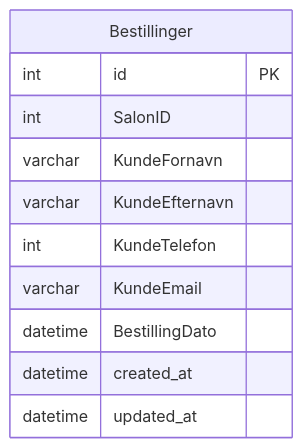
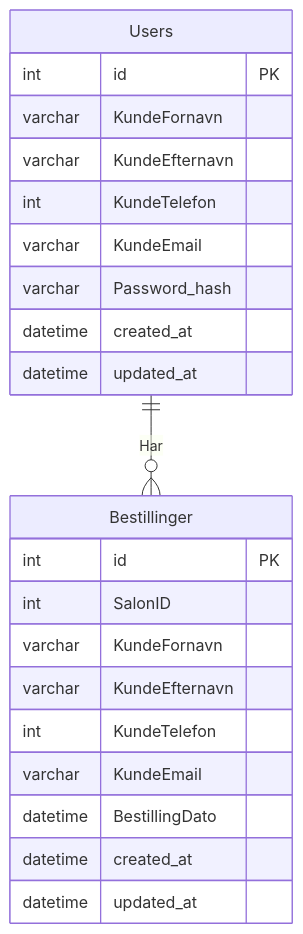
The diagram in Documentation/Database.md (Christian-Kasper-Nikolaj-H3/Cut-n-go), drawn with Mermaid before and after one commit.

Commit message:
Add `Users` table to ER diagram and establish relation with `Bestillinger`

````diff
--- a/Documentation/Database.md
+++ b/Documentation/Database.md
@@ -1,16 +1,30 @@
 ```mermaid
 erDiagram
+    Users {
+        int id PK
+        
+        varchar KundeFornavn
+        varchar KundeEfternavn
+        int KundeTelefon
+        varchar KundeEmail
+        varchar Password_hash
+        
+        datetime created_at
+        datetime updated_at
+    }
     Bestillinger {
         int id PK
         int SalonID
         
         varchar KundeFornavn
         varchar KundeEfternavn
         int KundeTelefon
         varchar KundeEmail
         datetime BestillingDato
         
         datetime created_at
         datetime updated_at
     }
+    
+    Users ||--o{ Bestillinger : "Har"
 ```
````
